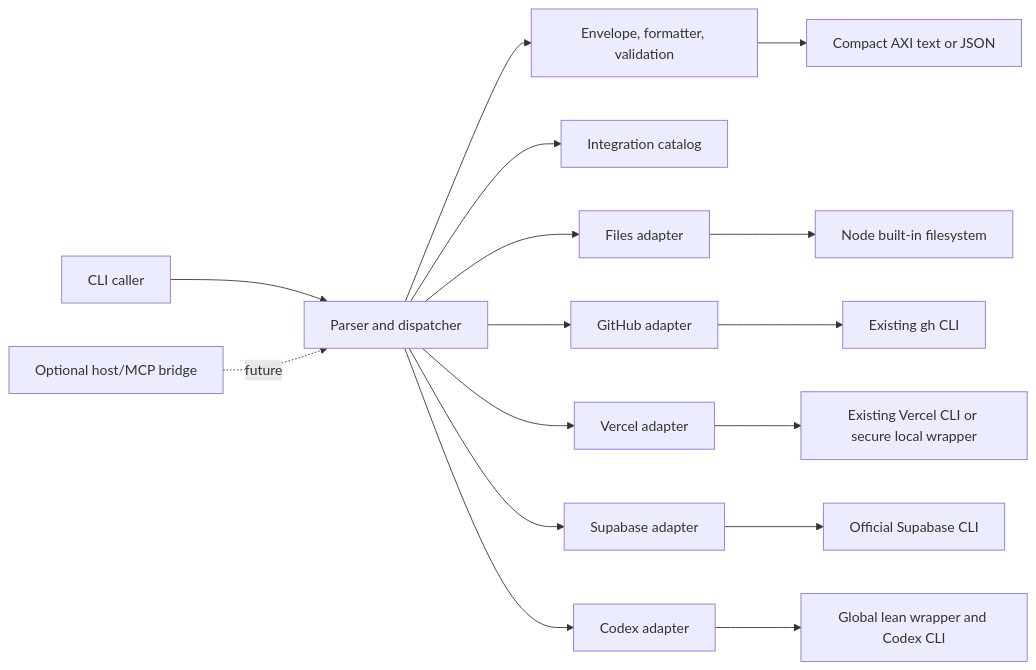
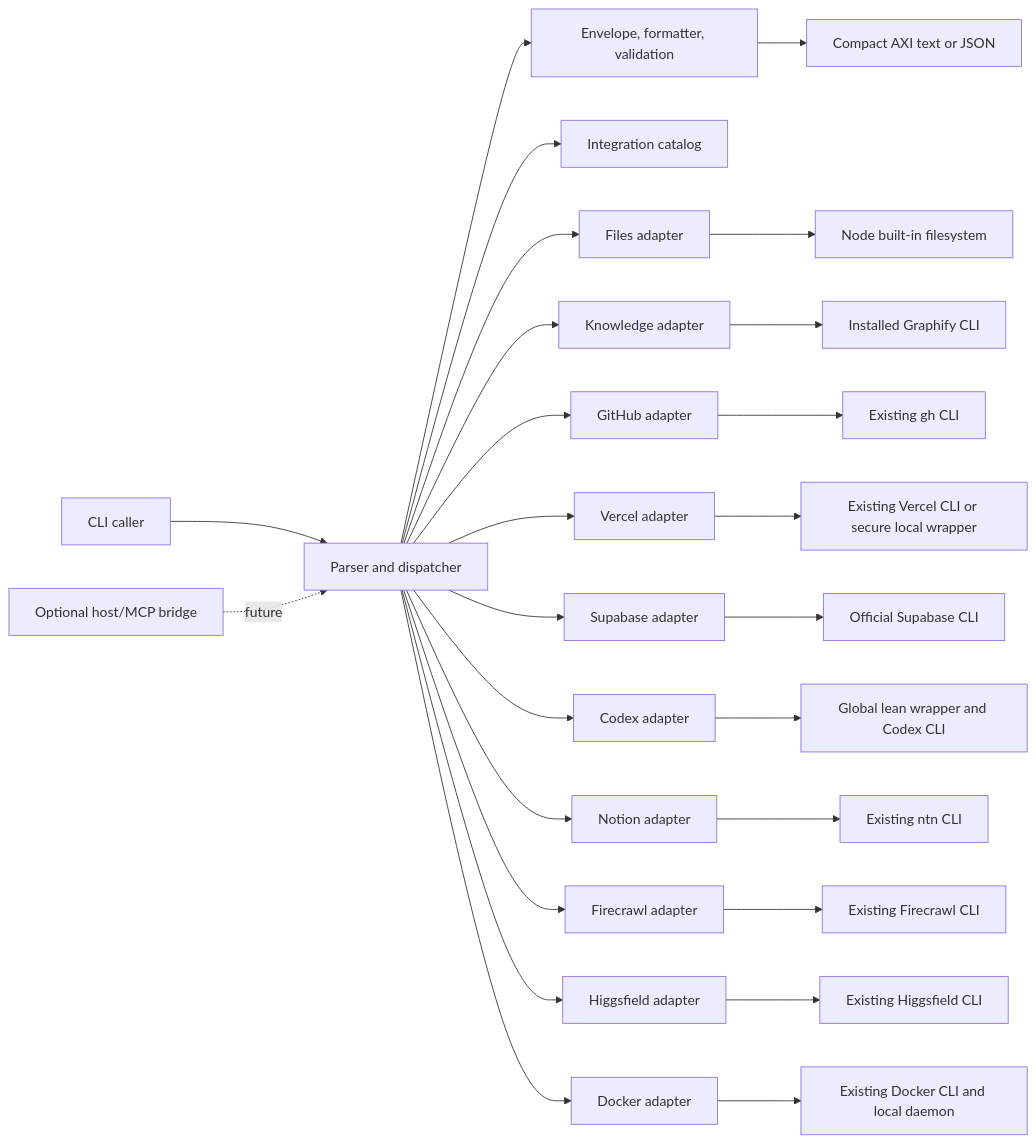
The diagram in docs/ARCHITECTURE.md (Suazo-AI/suazo-axi), drawn with Mermaid before and after one commit. The commit also changed other lines of this file and 35 other files, not shown here.

````diff
--- a/docs/ARCHITECTURE.md
+++ b/docs/ARCHITECTURE.md
@@ -5,18 +5,28 @@
 ```mermaid
 flowchart LR
   User[CLI caller] --> CLI[Parser and dispatcher]
   CLI --> Core[Envelope, formatter, validation]
   CLI --> Registry[Integration catalog]
   CLI --> Files[Files adapter]
+  CLI --> Knowledge[Knowledge adapter]
   CLI --> GitHub[GitHub adapter]
   CLI --> Vercel[Vercel adapter]
   CLI --> Supabase[Supabase adapter]
   CLI --> Codex[Codex adapter]
+  CLI --> Notion[Notion adapter]
+  CLI --> Firecrawl[Firecrawl adapter]
+  CLI --> Higgsfield[Higgsfield adapter]
+  CLI --> Docker[Docker adapter]
   Files --> FS[Node built-in filesystem]
+  Knowledge --> Graphify[Installed Graphify CLI]
   GitHub --> GH[Existing gh CLI]
   Vercel --> VC[Existing Vercel CLI or secure local wrapper]
   Supabase --> SB[Official Supabase CLI]
   Codex --> Lean[Global lean wrapper and Codex CLI]
+  Notion --> NTN[Existing ntn CLI]
+  Firecrawl --> FC[Existing Firecrawl CLI]
+  Higgsfield --> HF[Existing Higgsfield CLI]
+  Docker --> Engine[Existing Docker CLI and local daemon]
   Core --> Out[Compact AXI text or JSON]
   Bridges[Optional host/MCP bridge] -. future .-> CLI
 ```
````
